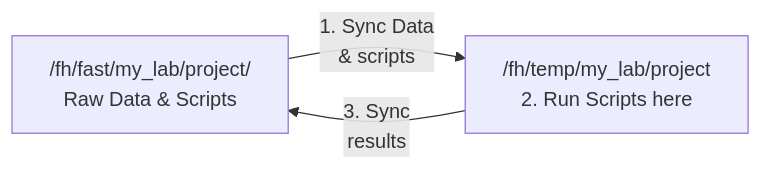
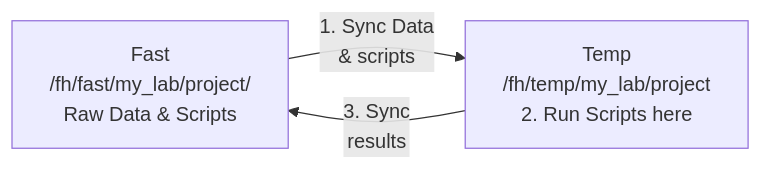
The second of 3 diagrams in filesystems.qmd (laderast/bash_for_hpc), drawn with Mermaid before and after one commit. The commit also changed other lines of this file and 20 other files, not shown here.

````diff
--- a/filesystems.qmd
+++ b/filesystems.qmd
@@ -47,5 +47,5 @@
 ```{mermaid}
 graph LR
-    A["/fh/fast/my_lab/project/\nRaw Data & Scripts"] --"1. Sync Data\n& scripts"-->B
-    B["/fh/temp/my_lab/project\n2. Run Scripts here"] --"3. Sync\nresults"-->A
+    A["Fast\n/fh/fast/my_lab/project/\nRaw Data & Scripts"] --"1. Sync Data\n& scripts"-->B
+    B["Temp\n/fh/temp/my_lab/project\n2. Run Scripts here"] --"3. Sync\nresults"-->A
 ```
````
